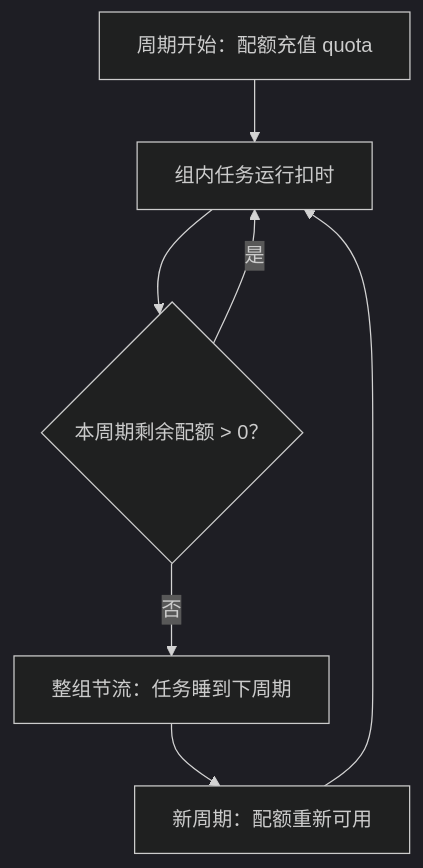
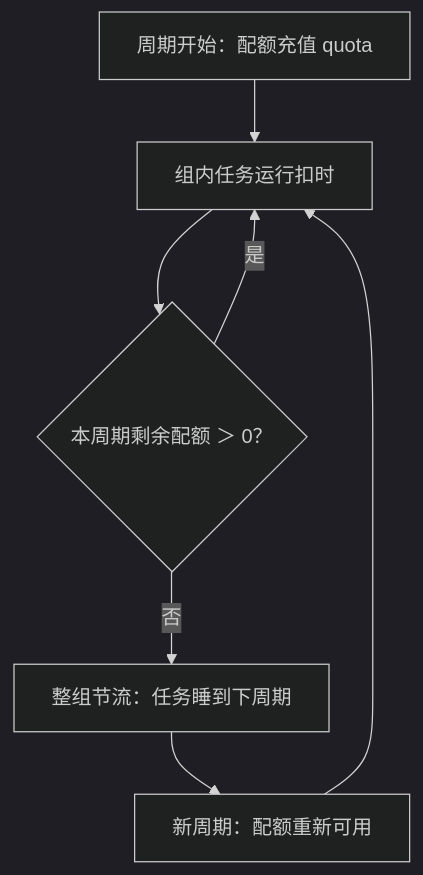
The second of 2 diagrams in docs/cs/cgroup-cpu-sched.md (xhongduo-tech/xhongduo-tech.github.io), drawn with Mermaid (dark theme) before and after one commit. The commit also changed 291 other files, not shown here.

Commit message:
Normalize lesson titles to tree names and repair mermaid arrow/quote syntax site-wide.

````diff
--- a/docs/cs/cgroup-cpu-sched.md
+++ b/docs/cs/cgroup-cpu-sched.md
@@ -42,9 +42,9 @@
 ```mermaid
 flowchart TD
   P0["周期开始：配额充值 quota"] --> RUN["组内任务运行扣时"]
-  RUN --> LEFT{"本周期剩余配额 > 0？"}
+  RUN --> LEFT{"本周期剩余配额 ＞ 0？"}
   LEFT -->|"是"| RUN
   LEFT -->|"否"| THR["整组节流：任务睡到下周期"]
   THR --> NEXT["新周期：配额重新可用"]
   NEXT --> RUN
 ```
````
